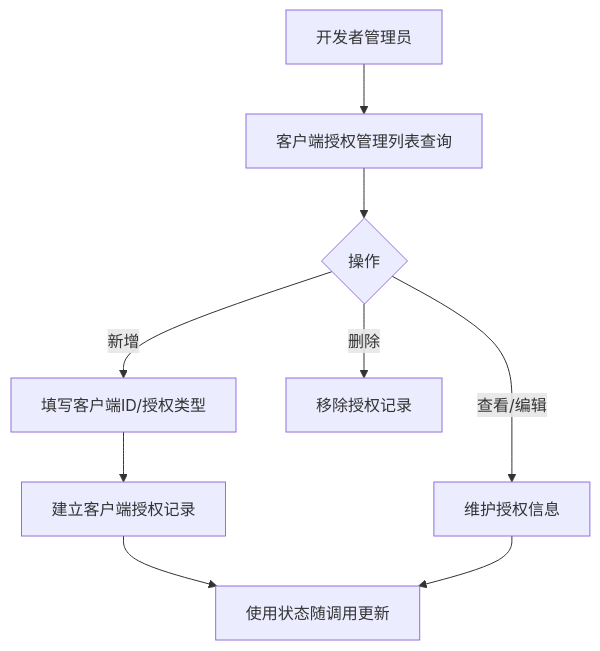
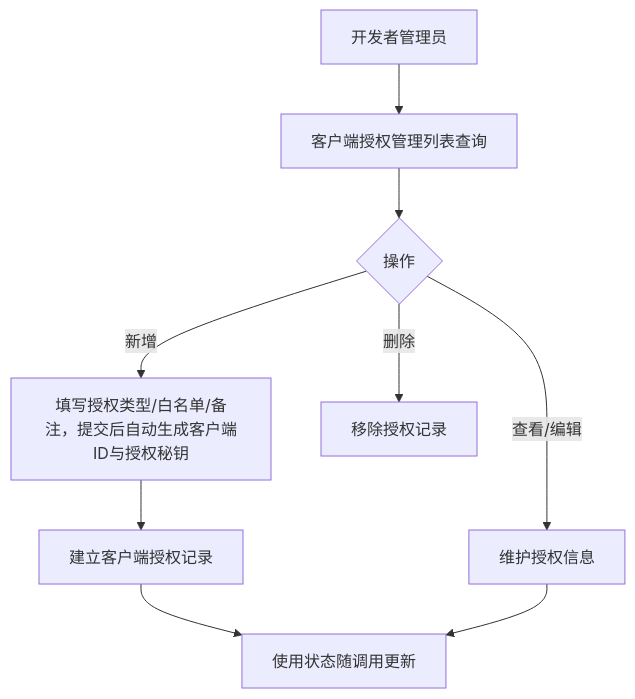
One commit to sunmei119/capPlatform changed the fifth of 8 diagrams in output/prd/prd.md. Above: the diagram before and after it, drawn with Mermaid. The commit also changed other lines of this file and 2 other files, not shown here.

````diff
--- a/output/prd/prd.md
+++ b/output/prd/prd.md
@@ -167,11 +185,11 @@
 ```mermaid
 flowchart TD
     A[开发者管理员] --> B[客户端授权管理列表查询]
     B --> C{操作}
-    C -- 新增 --> D[填写客户端ID/授权类型]
+    C -- 新增 --> D[填写授权类型/白名单/备注，提交后自动生成客户端ID与授权秘钥]
     D --> E[建立客户端授权记录]
     C -- 查看/编辑 --> F[维护授权信息]
     C -- 删除 --> G[移除授权记录]
     E --> H[使用状态随调用更新]
     F --> H
 ```
````
